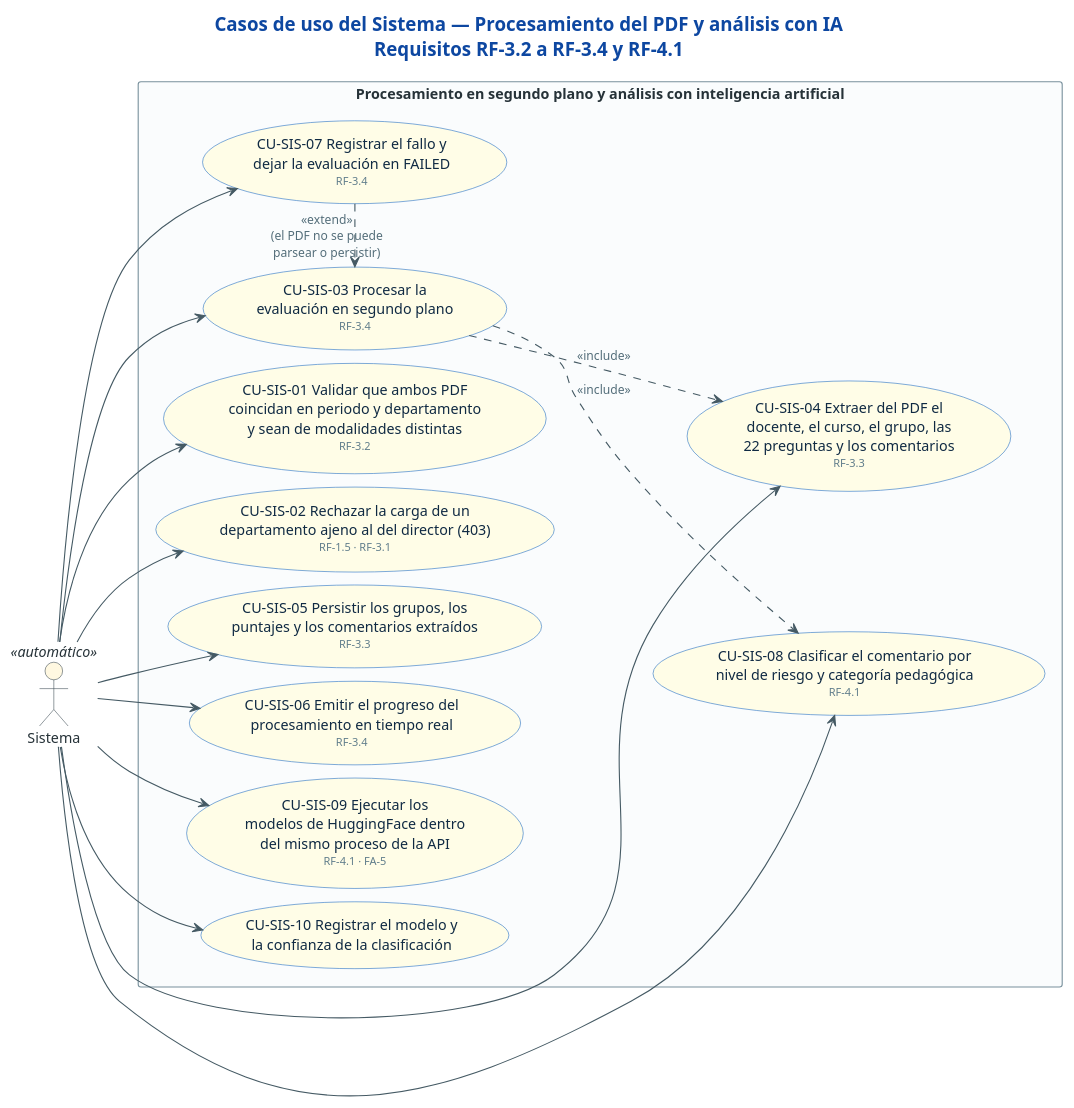
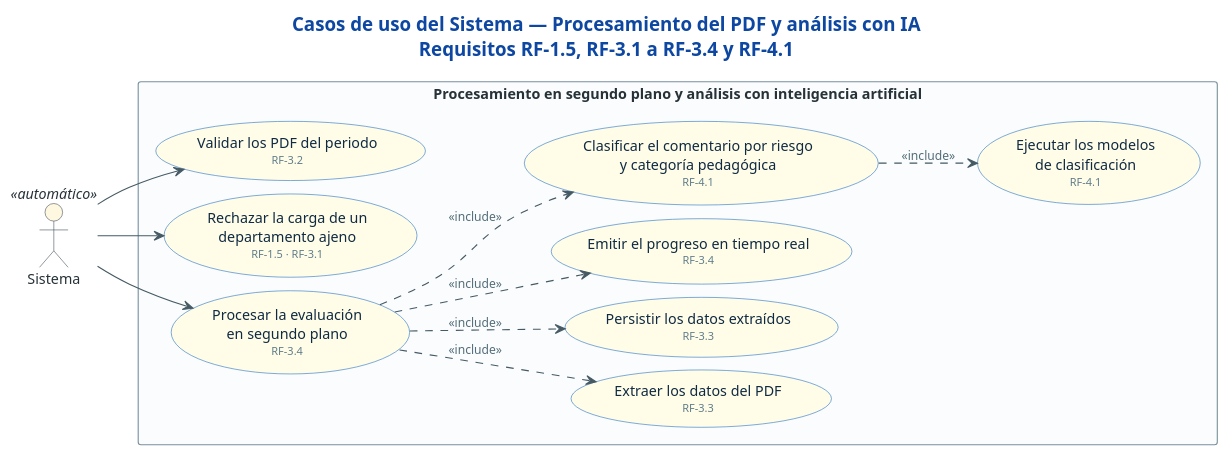
The diagram in docs/casos-de-uso/16-sistema-procesamiento-y-analisis.puml (sistema-evaluacion-docente/api.evd), drawn with PlantUML before and after one commit. The commit also changed 20 other files, not shown here.

First line of the commit message:
style: change use case diagrams for clarity and consistency

```diff
--- a/docs/casos-de-uso/16-sistema-procesamiento-y-analisis.puml
+++ b/docs/casos-de-uso/16-sistema-procesamiento-y-analisis.puml
@@ -1,71 +1,60 @@
-@startuml cu-50-sistema-procesamiento-y-analisis
+@startuml cu-16-sistema-procesamiento-y-analisis
 ' =============================================================================
 ' Sistema de Evaluación Docente (SET) — UFPS
 ' Fuente: Tabla 36 (actores) y Tabla 37 (requisitos funcionales) del documento de
 '         tesis, con la implementación de DistilUmbert-back y DistilUmbert-front.
-' Especificación de cada caso de uso: docs/casos-de-uso/README.md
 ' =============================================================================
-title Casos de uso del Sistema — Procesamiento del PDF y análisis con IA\nRequisitos RF-3.2 a RF-3.4 y RF-4.1
+title Casos de uso del Sistema — Procesamiento del PDF y análisis con IA\nRequisitos RF-1.5, RF-3.1 a RF-3.4 y RF-4.1
 
 left to right direction
 
 skinparam backgroundColor #FFFFFF
 skinparam shadowing false
 skinparam defaultFontSize 13
 skinparam TitleFontSize 17
 skinparam TitleFontColor #0D47A1
 skinparam ArrowColor #455A64
 skinparam ArrowFontColor #546E7A
 skinparam ArrowFontSize 11
 skinparam nodesep 12
 skinparam ranksep 40
-' Descomenta la línea siguiente para aristas ortogonales (requiere Graphviz).
-' skinparam linetype ortho
 skinparam actor {
   BackgroundColor #ECEFF1
   BorderColor #37474F
   FontColor #263238
 }
 skinparam usecase {
   BackgroundColor #E3F2FD
   BorderColor #1565C0
   FontColor #102A43
 }
 skinparam rectangle {
   BackgroundColor #FAFCFD
   BorderColor #78909C
   FontColor #263238
   FontStyle bold
 }
 
 actor "Sistema" as SYS <<automático>> #FFF8E1
 
 rectangle "Procesamiento en segundo plano y análisis con inteligencia artificial" {
-  usecase "CU-SIS-01 Validar que ambos PDF\ncoincidan en periodo y departamento\ny sean de modalidades distintas\n<size:10><color:#607D8B>RF-3.2</color></size>" as S1 #FFFDE7
-  usecase "CU-SIS-02 Rechazar la carga de un\ndepartamento ajeno al del director (403)\n<size:10><color:#607D8B>RF-1.5 · RF-3.1</color></size>" as S2 #FFFDE7
-  usecase "CU-SIS-03 Procesar la\nevaluación en segundo plano\n<size:10><color:#607D8B>RF-3.4</color></size>" as S3 #FFFDE7
-  usecase "CU-SIS-04 Extraer del PDF el\ndocente, el curso, el grupo, las\n22 preguntas y los comentarios\n<size:10><color:#607D8B>RF-3.3</color></size>" as S4 #FFFDE7
-  usecase "CU-SIS-05 Persistir los grupos, los\npuntajes y los comentarios extraídos\n<size:10><color:#607D8B>RF-3.3</color></size>" as S5 #FFFDE7
-  usecase "CU-SIS-06 Emitir el progreso del\nprocesamiento en tiempo real\n<size:10><color:#607D8B>RF-3.4</color></size>" as S6 #FFFDE7
-  usecase "CU-SIS-07 Registrar el fallo y\ndejar la evaluación en FAILED\n<size:10><color:#607D8B>RF-3.4</color></size>" as S7 #FFFDE7
-  usecase "CU-SIS-08 Clasificar el comentario por\nnivel de riesgo y categoría pedagógica\n<size:10><color:#607D8B>RF-4.1</color></size>" as S8 #FFFDE7
-  usecase "CU-SIS-09 Ejecutar los\nmodelos de HuggingFace dentro\ndel mismo proceso de la API\n<size:10><color:#607D8B>RF-4.1 · FA-5</color></size>" as S9 #FFFDE7
-  usecase "CU-SIS-10 Registrar el modelo y\nla confianza de la clasificación" as S10 #FFFDE7
+  usecase "Validar los PDF del periodo\n<size:10><color:#607D8B>RF-3.2</color></size>" as S1 #FFFDE7
+  usecase "Rechazar la carga de un\ndepartamento ajeno\n<size:10><color:#607D8B>RF-1.5 · RF-3.1</color></size>" as S2 #FFFDE7
+  usecase "Procesar la evaluación\nen segundo plano\n<size:10><color:#607D8B>RF-3.4</color></size>" as S3 #FFFDE7
+  usecase "Extraer los datos del PDF\n<size:10><color:#607D8B>RF-3.3</color></size>" as S4 #FFFDE7
+  usecase "Persistir los datos extraídos\n<size:10><color:#607D8B>RF-3.3</color></size>" as S5 #FFFDE7
+  usecase "Emitir el progreso en tiempo real\n<size:10><color:#607D8B>RF-3.4</color></size>" as S6 #FFFDE7
+  usecase "Clasificar el comentario por riesgo\ny categoría pedagógica\n<size:10><color:#607D8B>RF-4.1</color></size>" as S8 #FFFDE7
+  usecase "Ejecutar los modelos\nde clasificación\n<size:10><color:#607D8B>RF-4.1</color></size>" as S9 #FFFDE7
 }
 
 SYS --> S1
 SYS --> S2
 SYS --> S3
-SYS --> S4
-SYS --> S5
-SYS --> S6
-SYS --> S7
-SYS --> S8
-SYS --> S9
-SYS --> S10
 
 S3 ..> S4 : <<include>>
+S3 ..> S5 : <<include>>
+S3 ..> S6 : <<include>>
 S3 ..> S8 : <<include>>
-S7 .> S3 : <<extend>>\n(el PDF no se puede\nparsear o persistir)
-
+S8 ..> S9 : <<include>>
 @enduml
```
